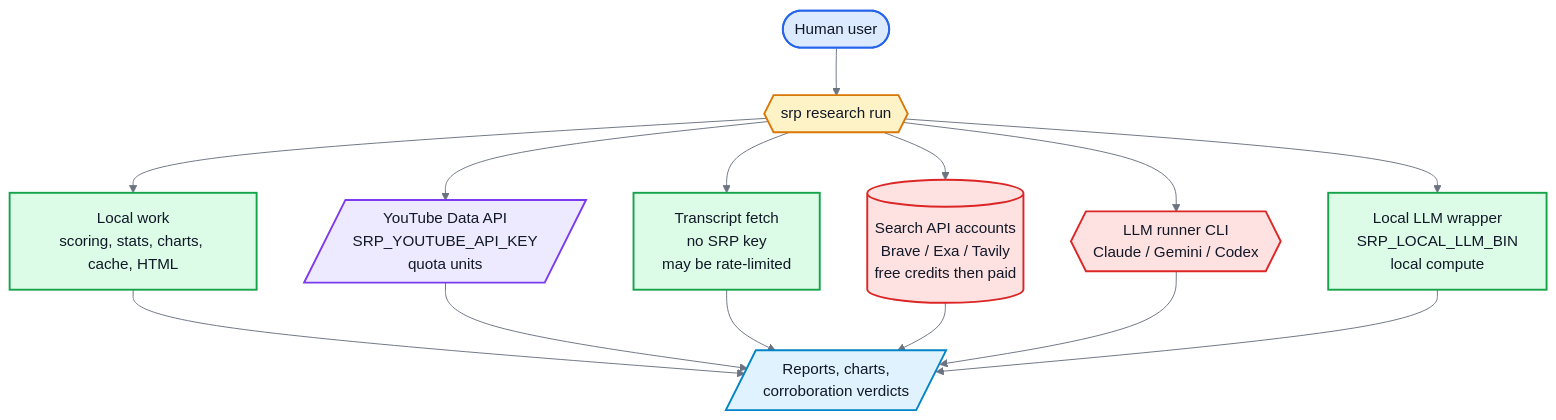
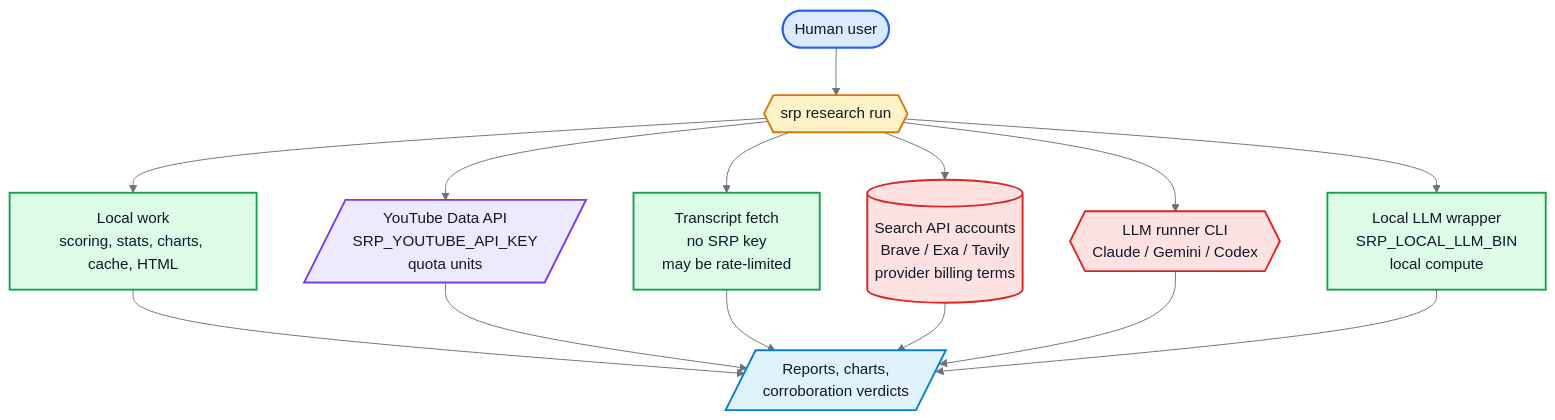
One commit to reshinto/social-research-probe changed the diagram in docs/diagrams/src/api-cost-map.mmd. Above: the diagram before and after it, drawn with Mermaid. The commit also changed 49 other files, not shown here.

```diff
--- a/docs/diagrams/src/api-cost-map.mmd
+++ b/docs/diagrams/src/api-cost-map.mmd
@@ -1,39 +1,39 @@
 %%{init: {"theme": "base", "themeVariables": {"background": "#ffffff", "primaryTextColor": "#111827", "lineColor": "#6b7280", "fontFamily": "Arial"}}}%%
 flowchart TD
     user(["Human user"])
     srp{{"srp research run"}}
     local["Local work<br/>scoring, stats, charts, cache, HTML"]
     youtube[/"YouTube Data API<br/>SRP_YOUTUBE_API_KEY<br/>quota units"/]
     transcript["Transcript fetch<br/>no SRP key<br/>may be rate-limited"]
-    paidSearch[("Search API accounts<br/>Brave / Exa / Tavily<br/>free credits then paid")]
+    paidSearch[("Search API accounts<br/>Brave / Exa / Tavily<br/>provider billing terms")]
     runner{{"LLM runner CLI<br/>Claude / Gemini / Codex"}}
     localLlm["Local LLM wrapper<br/>SRP_LOCAL_LLM_BIN<br/>local compute"]
     output[/"Reports, charts,<br/>corroboration verdicts"/]
 
     user --> srp
     srp --> local
     srp --> youtube
     srp --> transcript
     srp --> paidSearch
     srp --> runner
     srp --> localLlm
     local --> output
     youtube --> output
     transcript --> output
     paidSearch --> output
     runner --> output
     localLlm --> output
 
     classDef person fill:#dbeafe,stroke:#2563eb,stroke-width:2px,color:#111827
     classDef core fill:#fef3c7,stroke:#d97706,stroke-width:2px,color:#111827
     classDef free fill:#dcfce7,stroke:#16a34a,stroke-width:2px,color:#111827
     classDef quota fill:#ede9fe,stroke:#7c3aed,stroke-width:2px,color:#111827
     classDef paid fill:#fee2e2,stroke:#dc2626,stroke-width:2px,color:#111827
     classDef out fill:#e0f2fe,stroke:#0284c7,stroke-width:2px,color:#111827
 
     class user person
     class srp core
     class local,transcript,localLlm free
     class youtube quota
     class paidSearch,runner paid
     class output out
```
